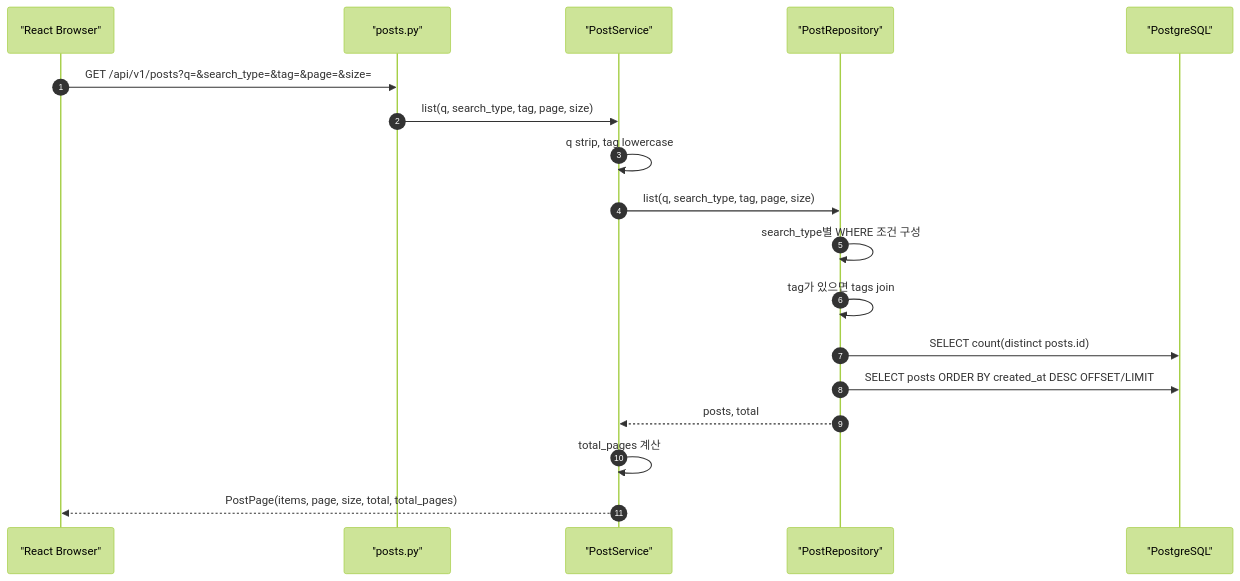
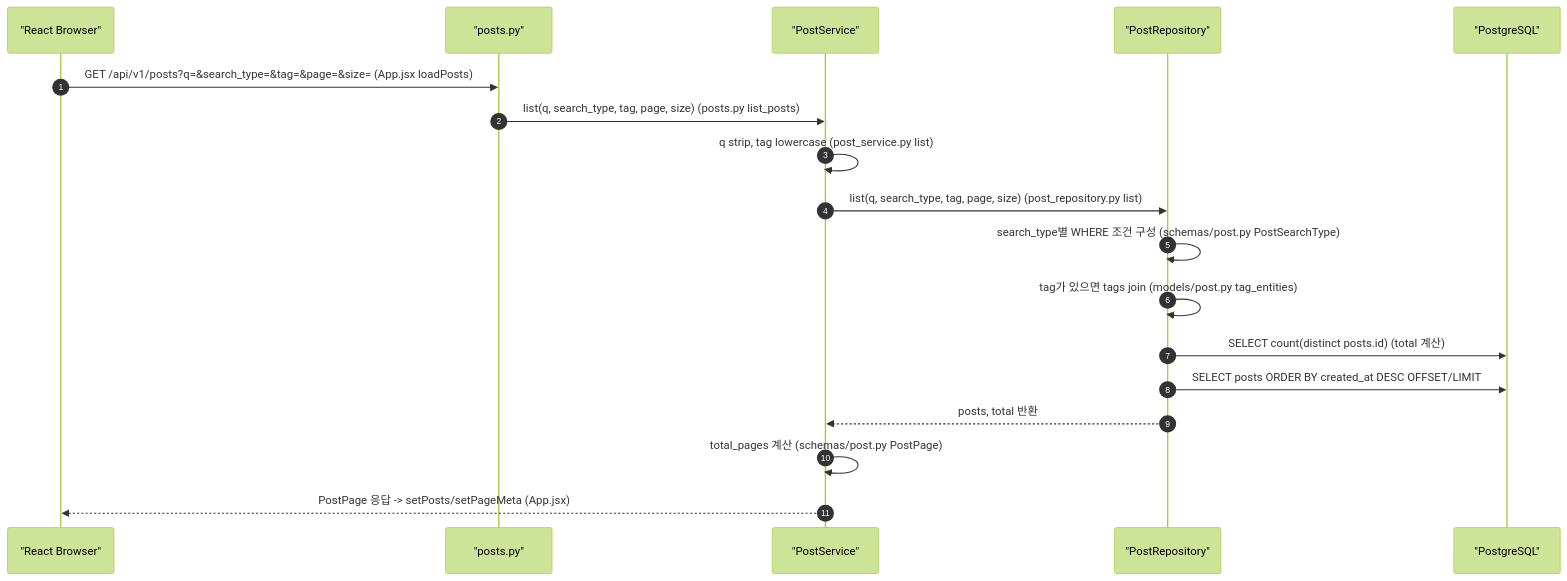
One commit to JUNGLE-TEAM1/W16_team_sprint changed the fourth of 6 diagrams in docs2/sprint-4/implementation-record.md. Above: the diagram before and after it, drawn with Mermaid (forest theme). The commit also changed other lines of this file and 2 other files, not shown here.

````diff
--- a/docs2/sprint-4/implementation-record.md
+++ b/docs2/sprint-4/implementation-record.md
@@ -286,21 +459,21 @@
 ```mermaid
 sequenceDiagram
     autonumber
     participant Browser as "React Browser"
     participant Router as "posts.py"
     participant Service as "PostService"
     participant Repo as "PostRepository"
     participant DB as "PostgreSQL"
 
-    Browser->>Router: GET /api/v1/posts?q=&search_type=&tag=&page=&size=
-    Router->>Service: list(q, search_type, tag, page, size)
-    Service->>Service: q strip, tag lowercase
-    Service->>Repo: list(q, search_type, tag, page, size)
-    Repo->>Repo: search_type별 WHERE 조건 구성
-    Repo->>Repo: tag가 있으면 tags join
-    Repo->>DB: SELECT count(distinct posts.id)
+    Browser->>Router: GET /api/v1/posts?q=&search_type=&tag=&page=&size= (App.jsx loadPosts)
+    Router->>Service: list(q, search_type, tag, page, size) (posts.py list_posts)
+    Service->>Service: q strip, tag lowercase (post_service.py list)
+    Service->>Repo: list(q, search_type, tag, page, size) (post_repository.py list)
+    Repo->>Repo: search_type별 WHERE 조건 구성 (schemas/post.py PostSearchType)
+    Repo->>Repo: tag가 있으면 tags join (models/post.py tag_entities)
+    Repo->>DB: SELECT count(distinct posts.id) (total 계산)
     Repo->>DB: SELECT posts ORDER BY created_at DESC OFFSET/LIMIT
-    Repo-->>Service: posts, total
-    Service->>Service: total_pages 계산
-    Service-->>Browser: PostPage(items, page, size, total, total_pages)
+    Repo-->>Service: posts, total 반환
+    Service->>Service: total_pages 계산 (schemas/post.py PostPage)
+    Service-->>Browser: PostPage 응답 -> setPosts/setPageMeta (App.jsx)
 ```
````
